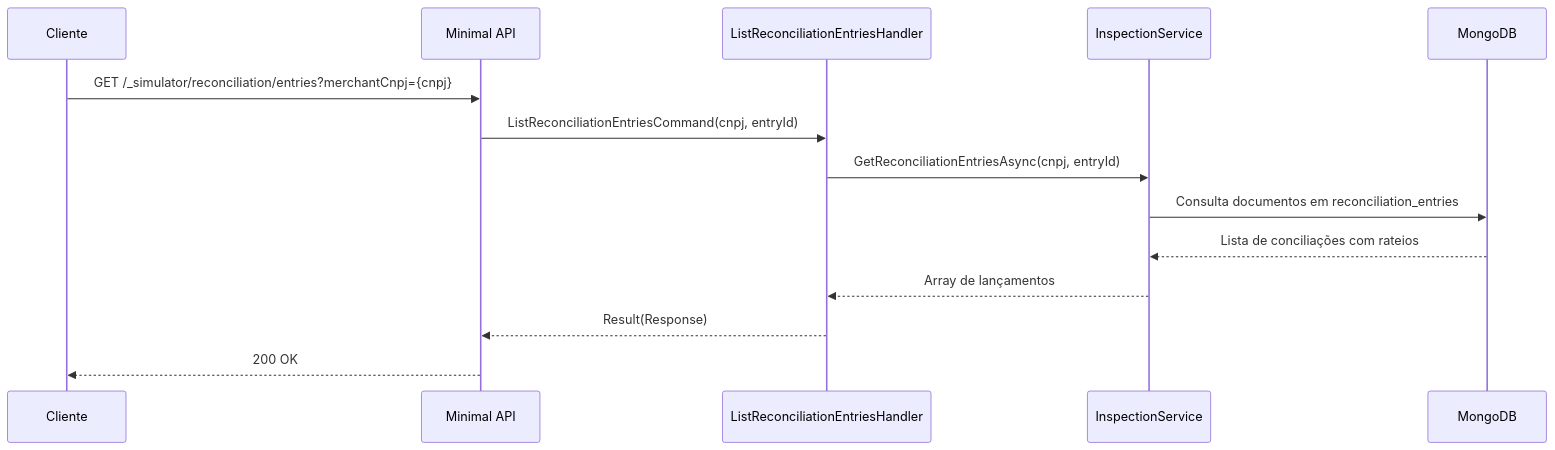
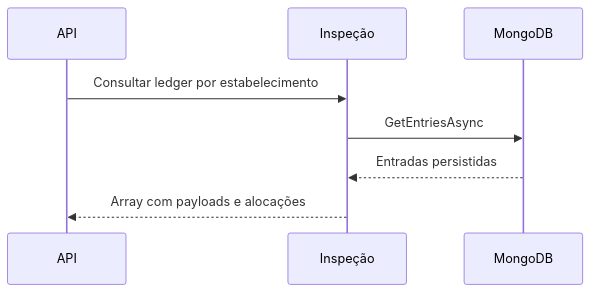
The second of 2 diagrams in docs/handlers/ListReconciliationEntriesHandler.md (Marcus-V-Freitas/MVFC.Veragi.Simulator), drawn with Mermaid before and after one commit. The commit also changed other lines of this file and 18 other files, not shown here.

````diff
--- a/docs/handlers/ListReconciliationEntriesHandler.md
+++ b/docs/handlers/ListReconciliationEntriesHandler.md
@@ -38,16 +52,10 @@
 ```mermaid
 sequenceDiagram
-    participant C as Cliente
-    participant A as Minimal API
-    participant H as ListReconciliationEntriesHandler
-    participant S as InspectionService
+    participant A as API
+    participant S as Inspeção
     participant M as MongoDB
-    C->>A: GET /_simulator/reconciliation/entries?merchantCnpj={cnpj}
-    A->>H: ListReconciliationEntriesCommand(cnpj, entryId)
-    H->>S: GetReconciliationEntriesAsync(cnpj, entryId)
-    S->>M: Consulta documentos em reconciliation_entries
-    M-->>S: Lista de conciliações com rateios
-    S-->>H: Array de lançamentos
-    H-->>A: Result(Response)
-    A-->>C: 200 OK
+    A->>S: Consultar ledger por estabelecimento
+    S->>M: GetEntriesAsync
+    M-->>S: Entradas persistidas
+    S-->>A: Array com payloads e alocações
 ```
````
